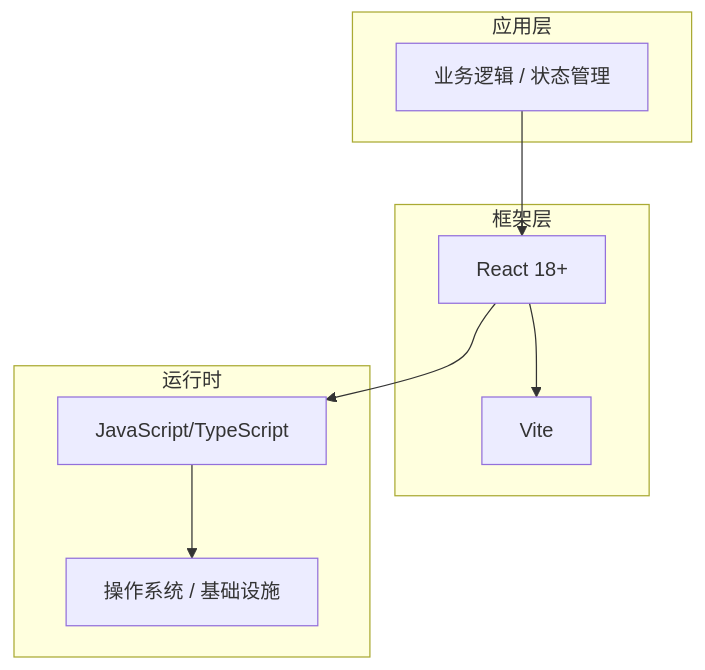
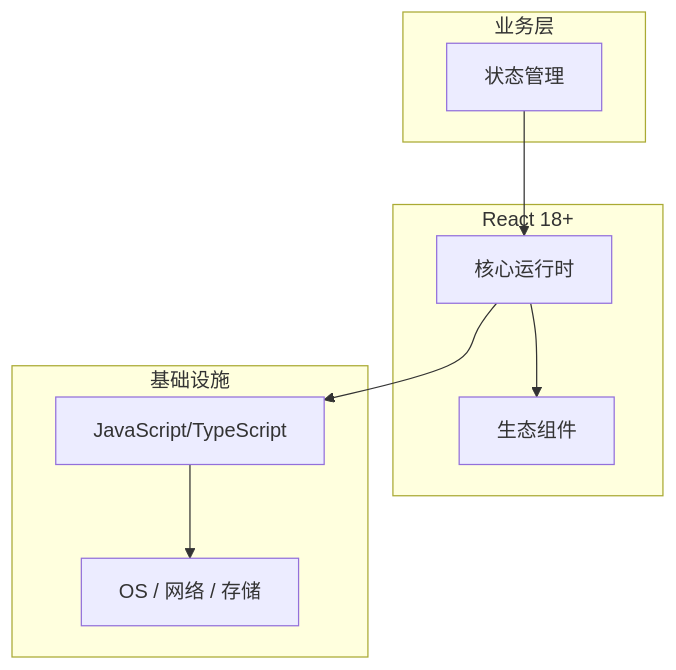
One commit to yanggan2015/knowledge-json-v2 changed the diagram in articles/React/chapters/157-状态管理核心概念与原理.md. Above: the diagram before and after it, drawn with Mermaid. The commit also changed other lines of this file and 10127 other files, not shown here.

````diff
--- a/articles/React/chapters/157-状态管理核心概念与原理.md
+++ b/articles/React/chapters/157-状态管理核心概念与原理.md
@@ -45,18 +34,18 @@
 ```mermaid
 graph TB
-    subgraph 应用层
-        A[业务逻辑 / 状态管理]
+    subgraph 业务层
+        A[状态管理]
     end
-    subgraph 框架层
-        B[React 18+]
-        C[Vite]
+    subgraph React 18+
+        B[核心运行时]
+        C[生态组件]
     end
-    subgraph 运行时
+    subgraph 基础设施
         D[JavaScript/TypeScript]
-        E[操作系统 / 基础设施]
+        E[OS / 网络 / 存储]
     end
     A --> B
     B --> C
     B --> D
     D --> E
 ```
````
